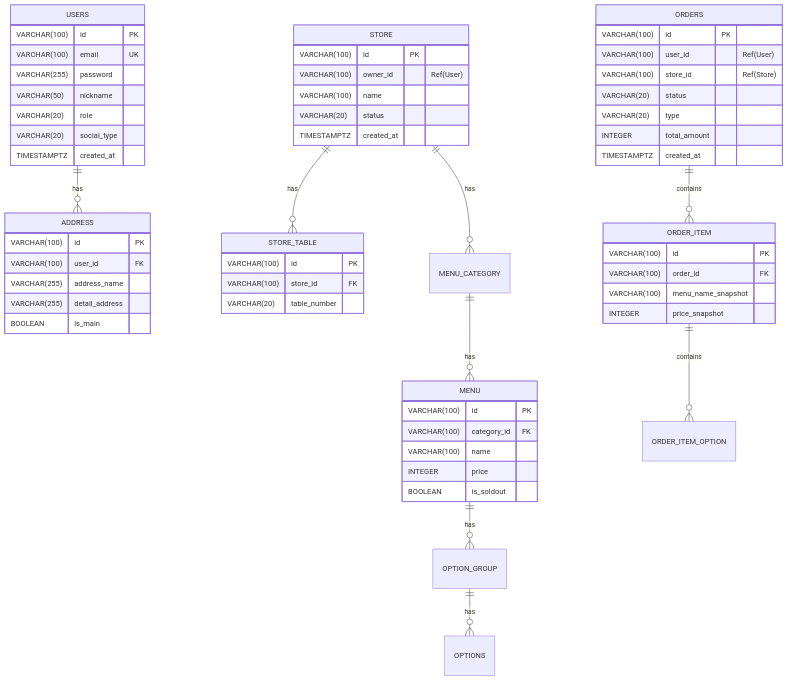
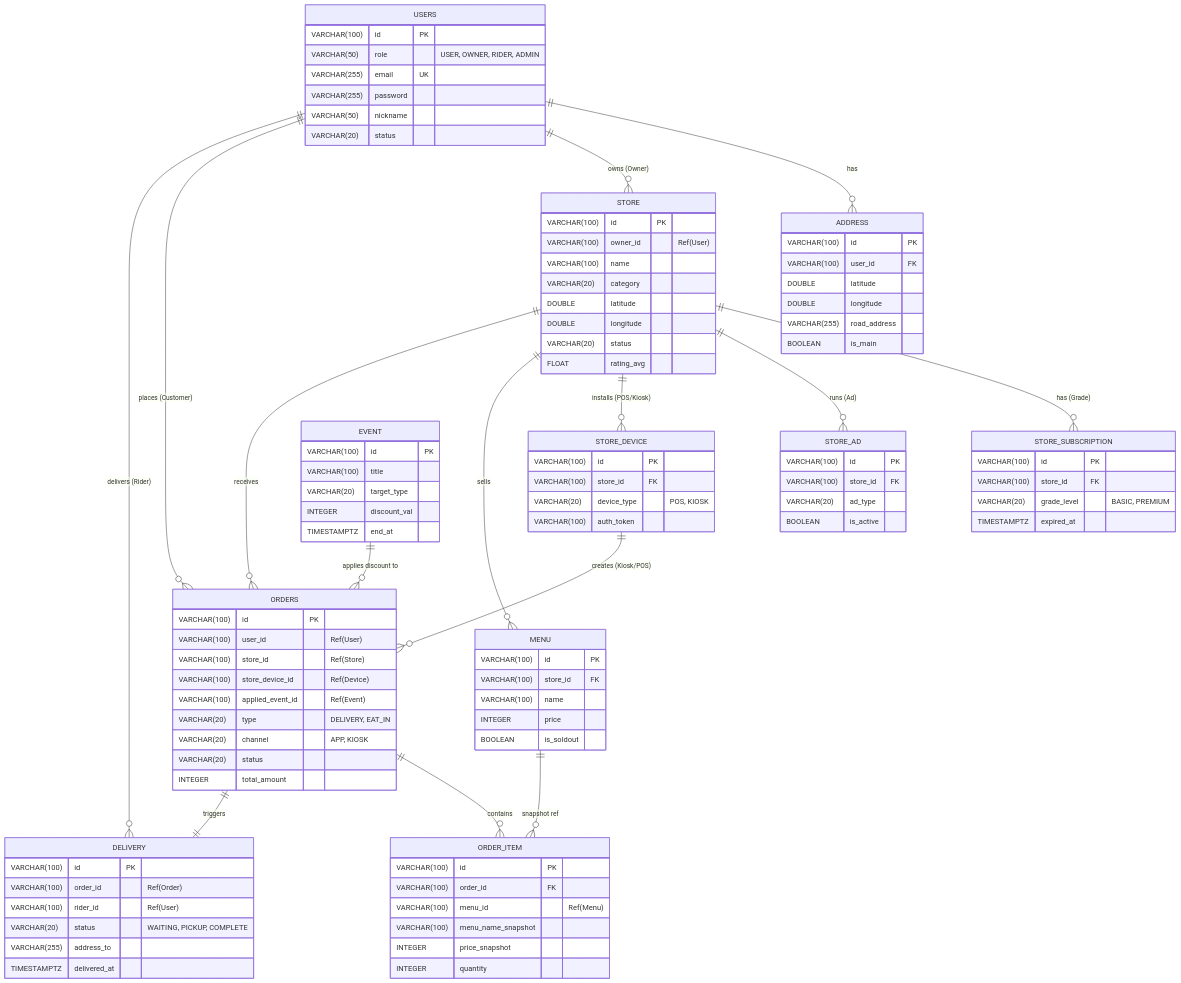
One commit to steveve14/FoodDeliveryAndIntegratedStoreManagementSystem changed the diagram in docs/ERD.md. Above: the diagram before and after it, drawn with Mermaid. The commit also changed other lines of this file, not shown here.

````diff
--- a/docs/ERD.md
+++ b/docs/ERD.md
@@ -21,68 +28,125 @@
 ```mermaid
 erDiagram
-    %% --- User Service ---
+    %% ==========================================
+    %% 1. User Service Domain
+    %% ==========================================
     USERS ||--o{ ADDRESS : "has"
     USERS {
         VARCHAR(100) id PK
-        VARCHAR(100) email UK
+        VARCHAR(50) role "USER, OWNER, RIDER, ADMIN"
+        VARCHAR(255) email UK
         VARCHAR(255) password
         VARCHAR(50) nickname
-        VARCHAR(20) role
-        VARCHAR(20) social_type
-        TIMESTAMPTZ created_at
+        VARCHAR(20) status
     }
     ADDRESS {
         VARCHAR(100) id PK
         VARCHAR(100) user_id FK
-        VARCHAR(255) address_name
-        VARCHAR(255) detail_address
+        DOUBLE latitude
+        DOUBLE longitude
+        VARCHAR(255) road_address
         BOOLEAN is_main
     }
 
-    %% --- Store Service ---
-    STORE ||--o{ STORE_TABLE : "has"
-    STORE ||--o{ MENU_CATEGORY : "has"
-    MENU_CATEGORY ||--o{ MENU : "has"
-    MENU ||--o{ OPTION_GROUP : "has"
-    OPTION_GROUP ||--o{ OPTIONS : "has"
+    %% ==========================================
+    %% 2. Store Service Domain
+    %% ==========================================
+    USERS ||--o{ STORE : "owns (Owner)"
+    STORE ||--o{ STORE_SUBSCRIPTION : "has (Grade)"
+    STORE ||--o{ STORE_AD : "runs (Ad)"
+    STORE ||--o{ STORE_DEVICE : "installs (POS/Kiosk)"
+    STORE ||--o{ MENU : "sells"
     
     STORE {
         VARCHAR(100) id PK
         VARCHAR(100) owner_id "Ref(User)"
         VARCHAR(100) name
+        VARCHAR(20) category
+        DOUBLE latitude
+        DOUBLE longitude
         VARCHAR(20) status
-        TIMESTAMPTZ created_at
+        FLOAT rating_avg
     }
-    STORE_TABLE {
+    STORE_SUBSCRIPTION {
         VARCHAR(100) id PK
         VARCHAR(100) store_id FK
-        VARCHAR(20) table_number
+        VARCHAR(20) grade_level "BASIC, PREMIUM"
+        TIMESTAMPTZ expired_at
+    }
+    STORE_AD {
+        VARCHAR(100) id PK
+        VARCHAR(100) store_id FK
+        VARCHAR(20) ad_type
+        BOOLEAN is_active
+    }
+    STORE_DEVICE {
+        VARCHAR(100) id PK
+        VARCHAR(100) store_id FK
+        VARCHAR(20) device_type "POS, KIOSK"
+        VARCHAR(100) auth_token
     }
     MENU {
         VARCHAR(100) id PK
-        VARCHAR(100) category_id FK
+        VARCHAR(100) store_id FK
         VARCHAR(100) name
         INTEGER price
         BOOLEAN is_soldout
     }
 
-    %% --- Order Service ---
+    %% ==========================================
+    %% 3. Marketing Service Domain
+    %% ==========================================
+    EVENT ||--o{ ORDERS : "applies discount to"
+    EVENT {
+        VARCHAR(100) id PK
+        VARCHAR(100) title
+        VARCHAR(20) target_type
+        INTEGER discount_val
+        TIMESTAMPTZ end_at
+    }
+
+    %% ==========================================
+    %% 4. Order Service Domain
+    %% ==========================================
+    USERS ||--o{ ORDERS : "places (Customer)"
+    STORE ||--o{ ORDERS : "receives"
+    STORE_DEVICE ||--o{ ORDERS : "creates (Kiosk/POS)"
     ORDERS ||--o{ ORDER_ITEM : "contains"
-    ORDER_ITEM ||--o{ ORDER_ITEM_OPTION : "contains"
+    MENU ||--o{ ORDER_ITEM : "snapshot ref"
 
     ORDERS {
         VARCHAR(100) id PK
         VARCHAR(100) user_id "Ref(User)"
         VARCHAR(100) store_id "Ref(Store)"
+        VARCHAR(100) store_device_id "Ref(Device)"
+        VARCHAR(100) applied_event_id "Ref(Event)"
+        VARCHAR(20) type "DELIVERY, EAT_IN"
+        VARCHAR(20) channel "APP, KIOSK"
         VARCHAR(20) status
-        VARCHAR(20) type
         INTEGER total_amount
-        TIMESTAMPTZ created_at
     }
     ORDER_ITEM {
         VARCHAR(100) id PK
         VARCHAR(100) order_id FK
+        VARCHAR(100) menu_id "Ref(Menu)"
         VARCHAR(100) menu_name_snapshot
         INTEGER price_snapshot
+        INTEGER quantity
     }
+
+    %% ==========================================
+    %% 5. Delivery Service Domain
+    %% ==========================================
+    ORDERS ||--|| DELIVERY : "triggers"
+    USERS ||--o{ DELIVERY : "delivers (Rider)"
+
+    DELIVERY {
+        VARCHAR(100) id PK
+        VARCHAR(100) order_id "Ref(Order)"
+        VARCHAR(100) rider_id "Ref(User)"
+        VARCHAR(20) status "WAITING, PICKUP, COMPLETE"
+        VARCHAR(255) address_to
+        TIMESTAMPTZ delivered_at
+    }
+
 ```
````
